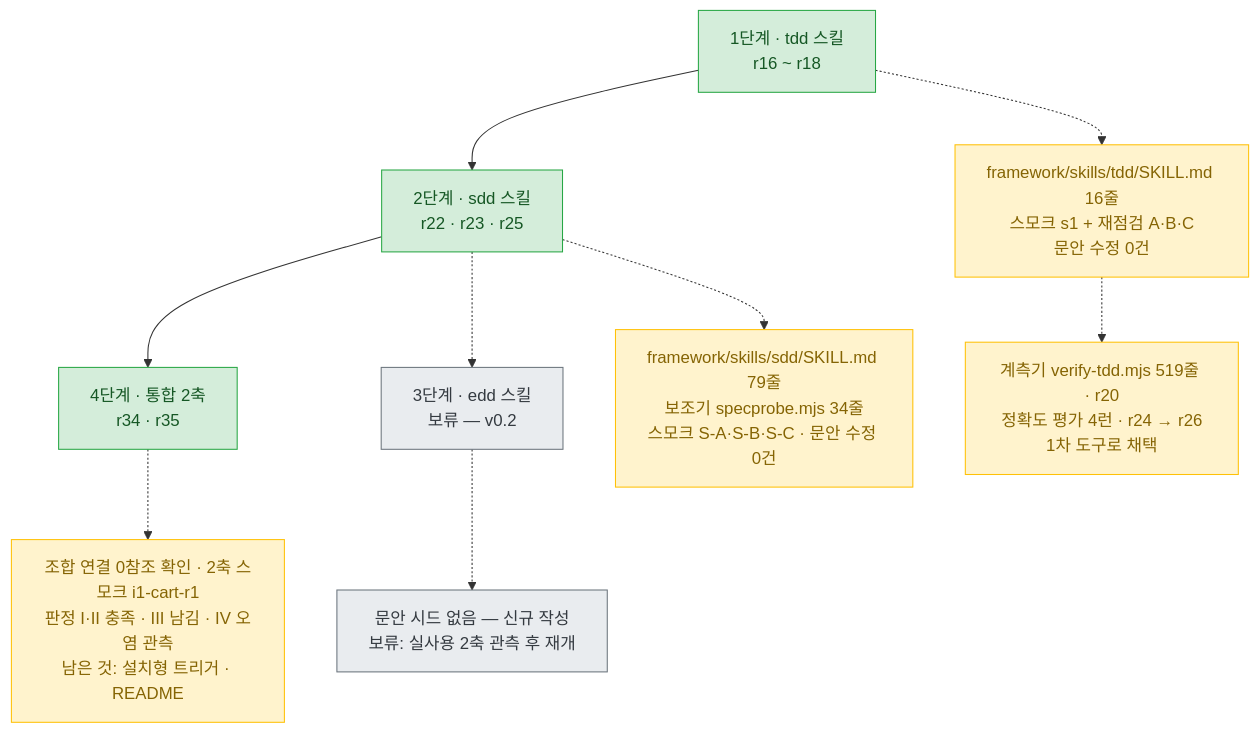
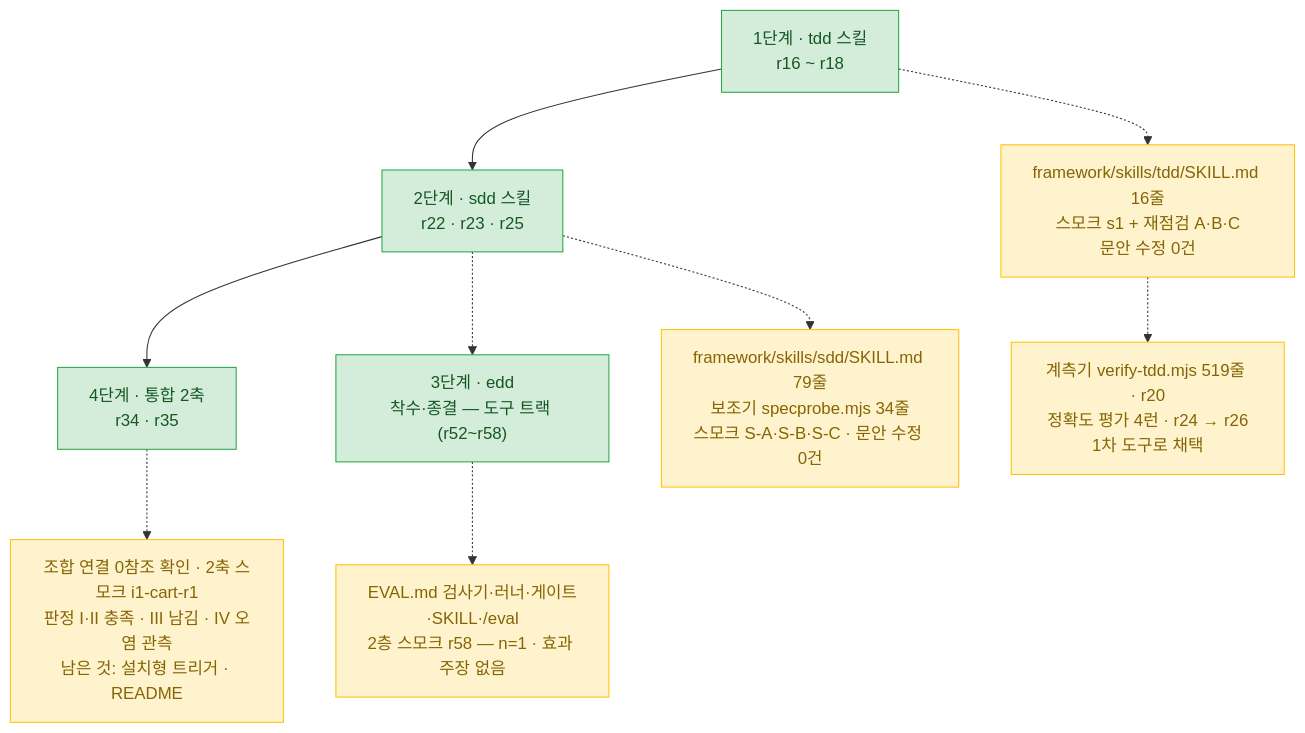
One commit to h102-log/vibe-coding-lab changed the second of 4 diagrams in docs/STATUS.md. Above: the diagram before and after it, drawn with Mermaid. The commit also changed other lines of this file and 3 other files, not shown here.

Commit message:
EDD R6 종결 — README E검사 7종·차별점 확정본 교체 + CLAUDE.md eval 3행 + STATUS edd 보류 해제 + r58 (planedd8 §3-7)

````diff
--- a/docs/STATUS.md
+++ b/docs/STATUS.md
@@ -80,21 +80,19 @@
 ```mermaid
 flowchart TD
   A["1단계 · tdd 스킬<br/>r16 ~ r18"] --> B["2단계 · sdd 스킬<br/>r22 · r23 · r25"]
   B --> D["4단계 · 통합 2축<br/>r34 · r35"]
-  B -.-> C["3단계 · edd 스킬<br/>보류 — v0.2"]
+  B -.-> C["3단계 · edd<br/>착수·종결 — 도구 트랙 (r52~r58)"]
 
   A -.-> A1["framework/skills/tdd/SKILL.md 16줄<br/>스모크 s1 + 재점검 A·B·C<br/>문안 수정 0건"]
   A1 -.-> A2["계측기 verify-tdd.mjs 519줄 · r20<br/>정확도 평가 4런 · r24 → r26<br/>1차 도구로 채택"]
   B -.-> B1["framework/skills/sdd/SKILL.md 79줄<br/>보조기 specprobe.mjs 34줄<br/>스모크 S-A·S-B·S-C · 문안 수정 0건"]
-  C -.-> C1["문안 시드 없음 — 신규 작성<br/>보류: 실사용 2축 관측 후 재개"]
+  C -.-> C1["EVAL.md 검사기·러너·게이트·SKILL·/eval<br/>2층 스모크 r58 — n=1 · 효과 주장 없음"]
   D -.-> D1["조합 연결 0참조 확인 · 2축 스모크 i1-cart-r1<br/>판정 I·II 충족 · III 남김 · IV 오염 관측<br/>남은 것: 설치형 트리거 · README"]
 
   classDef done fill:#d4edda,stroke:#28a745,color:#155724
   classDef blocked fill:#f8d7da,stroke:#dc3545,color:#721c24
   classDef wait fill:#e9ecef,stroke:#6c757d,color:#343a40
   classDef note fill:#fff3cd,stroke:#ffc107,color:#856404
-  class A,B,D done
-  class C wait
-  class A1,A2,B1,D1 note
-  class C1 wait
+  class A,B,C,D done
+  class A1,A2,B1,C1,D1 note
 ```
````
